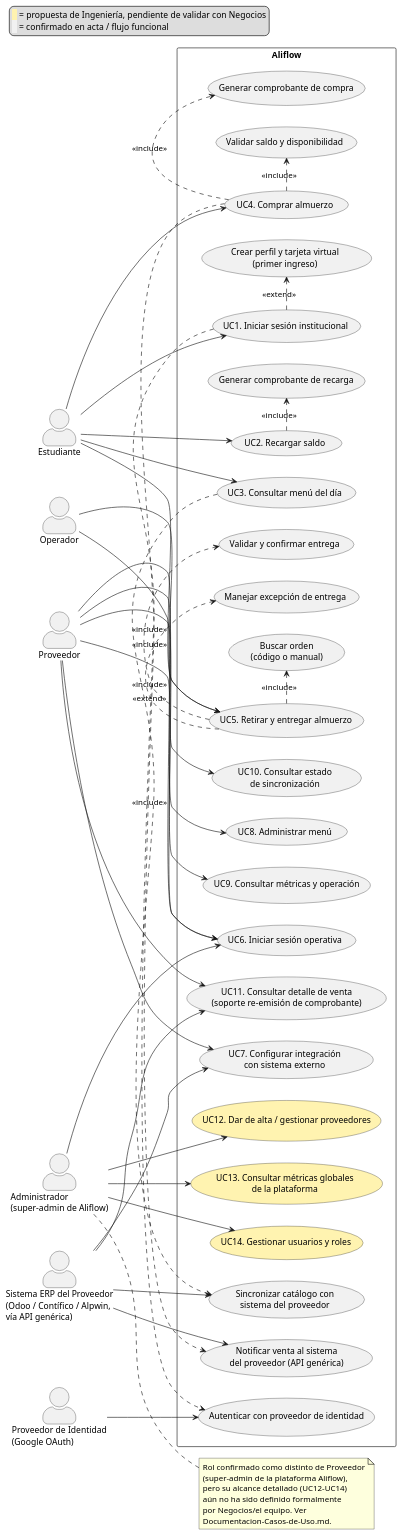
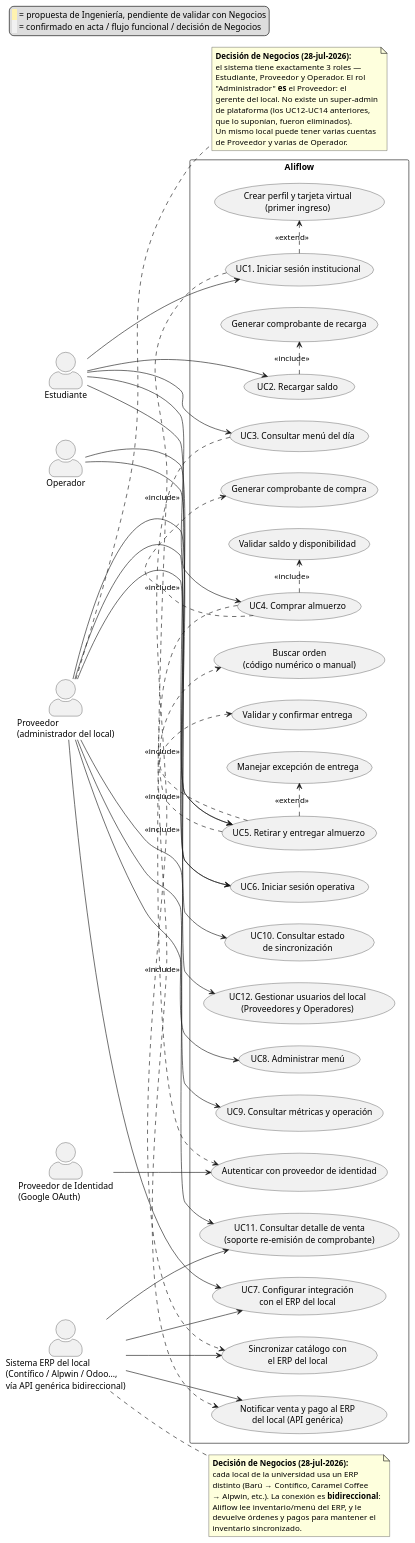
One commit to Jesus-JB/aliflow changed the diagram in uml/casos-de-uso.puml. Above: the diagram before and after it, drawn with PlantUML. The commit also changed 47 other files, not shown here.

First line of the commit message:
Incorporar 5 decisiones de Negocios y corregir el hallazgo de ERP

```diff
--- a/uml/casos-de-uso.puml
+++ b/uml/casos-de-uso.puml
@@ -1,116 +1,121 @@
 @startuml casos-de-uso-aliflow
 
 left to right direction
 skinparam packageStyle rectangle
 skinparam actorStyle awesome
 
 ' Convención visual: amarillo = propuesta de Ingeniería, pendiente de
 ' validar con Negocios. Ver Documentacion-Casos-de-Uso.md.
 legend top left
   <back:#FFF3B0>  </back> = propuesta de Ingeniería, pendiente de validar con Negocios
-  <back:#F1F1F1>  </back> = confirmado en acta / flujo funcional
+  <back:#F1F1F1>  </back> = confirmado en acta / flujo funcional / decisión de Negocios
 endlegend
 
 actor Estudiante as EST
-actor Proveedor as PROV
+actor "Proveedor\n(administrador del local)" as PROV
 actor Operador as OP
-actor "Administrador\n(super-admin de Aliflow)" as ADMIN
 actor "Proveedor de Identidad\n(Google OAuth)" as IDP
-actor "Sistema ERP del Proveedor\n(Odoo / Contífico / Alpwin,\nvía API genérica)" as ERP
+actor "Sistema ERP del local\n(Contífico / Alpwin / Odoo…,\nvía API genérica bidireccional)" as ERP
 
 rectangle "Aliflow" {
 
   ' ---- Estudiante ----
   usecase "UC1. Iniciar sesión institucional" as UC1
   usecase "Autenticar con proveedor de identidad" as UC1a
   usecase "Crear perfil y tarjeta virtual\n(primer ingreso)" as UC1b
 
   usecase "UC2. Recargar saldo" as UC2
   usecase "Generar comprobante de recarga" as UC2a
 
   usecase "UC3. Consultar menú del día" as UC3
-  usecase "Sincronizar catálogo con\nsistema del proveedor" as UC3a
+  usecase "Sincronizar catálogo con\nel ERP del local" as UC3a
 
   usecase "UC4. Comprar almuerzo" as UC4
   usecase "Validar saldo y disponibilidad" as UC4a
   usecase "Generar comprobante de compra" as UC4b
-  usecase "Notificar venta al sistema\ndel proveedor (API genérica)" as UC4c
+  usecase "Notificar venta y pago al ERP\ndel local (API genérica)" as UC4c
 
   usecase "UC5. Retirar y entregar almuerzo" as UC5
-  usecase "Buscar orden\n(código o manual)" as UC5a
+  usecase "Buscar orden\n(código numérico o manual)" as UC5a
   usecase "Validar y confirmar entrega" as UC5b
   usecase "Manejar excepción de entrega" as UC5c
 
   ' ---- Proveedor / Operador ----
   usecase "UC6. Iniciar sesión operativa" as UC6
 
-  usecase "UC7. Configurar integración\ncon sistema externo" as UC7
+  usecase "UC7. Configurar integración\ncon el ERP del local" as UC7
 
   usecase "UC8. Administrar menú" as UC8
 
   usecase "UC9. Consultar métricas y operación" as UC9
 
   usecase "UC10. Consultar estado\nde sincronización" as UC10
 
   usecase "UC11. Consultar detalle de venta\n(soporte re-emisión de comprobante)" as UC11
 
-  ' ---- Administrador (pendiente de definición detallada, ver documentación) ----
-  usecase "UC12. Dar de alta / gestionar proveedores" as UC12 #FFF3B0
-  usecase "UC13. Consultar métricas globales\nde la plataforma" as UC13 #FFF3B0
-  usecase "UC14. Gestionar usuarios y roles" as UC14 #FFF3B0
+  usecase "UC12. Gestionar usuarios del local\n(Proveedores y Operadores)" as UC12
 }
 
 ' ---- Asociaciones actor - caso de uso ----
 EST --> UC1
 EST --> UC2
 EST --> UC3
 EST --> UC4
 EST --> UC5
 
 OP --> UC5
 OP --> UC6
 
 PROV --> UC6
 PROV --> UC7
 PROV --> UC8
 PROV --> UC9
 PROV --> UC10
 PROV --> UC11
+PROV --> UC12
 
 IDP --> UC1a
 ERP --> UC3a
 ERP --> UC4c
 ERP --> UC7
 ERP --> UC11
-
-ADMIN --> UC12
-ADMIN --> UC13
-ADMIN --> UC14
-ADMIN --> UC6
 
 ' ---- Include / Extend ----
 UC1 .> UC1a : <<include>>
 UC1 .> UC1b : <<extend>>
 
 UC2 .> UC2a : <<include>>
 
 UC3 .> UC3a : <<include>>
 
 UC4 .> UC4a : <<include>>
 UC4 .> UC4b : <<include>>
 UC4 .> UC4c : <<include>>
 
 UC5 .> UC5a : <<include>>
 UC5 .> UC5b : <<include>>
 UC5 .> UC5c : <<extend>>
 
-note right of ADMIN
-  Rol confirmado como distinto de Proveedor
-  (super-admin de la plataforma Aliflow),
-  pero su alcance detallado (UC12-UC14)
-  aún no ha sido definido formalmente
-  por Negocios/el equipo. Ver
-  Documentacion-Casos-de-Uso.md.
+note right of PROV
+  **Decisión de Negocios (28-jul-2026):**
+  el sistema tiene exactamente 3 roles —
+  Estudiante, Proveedor y Operador. El rol
+  "Administrador" **es** el Proveedor: el
+  gerente del local. No existe un super-admin
+  de plataforma (los UC12-UC14 anteriores,
+  que lo suponían, fueron eliminados).
+  Un mismo local puede tener varias cuentas
+  de Proveedor y varias de Operador.
+end note
+
+note right of ERP
+  **Decisión de Negocios (28-jul-2026):**
+  cada local de la universidad usa un ERP
+  distinto (Barú → Contífico, Caramel Coffee
+  → Alpwin, etc.). La conexión es **bidireccional**:
+  Aliflow lee inventario/menú del ERP, y le
+  devuelve órdenes y pagos para mantener el
+  inventario sincronizado.
 end note
 
 @enduml
```
